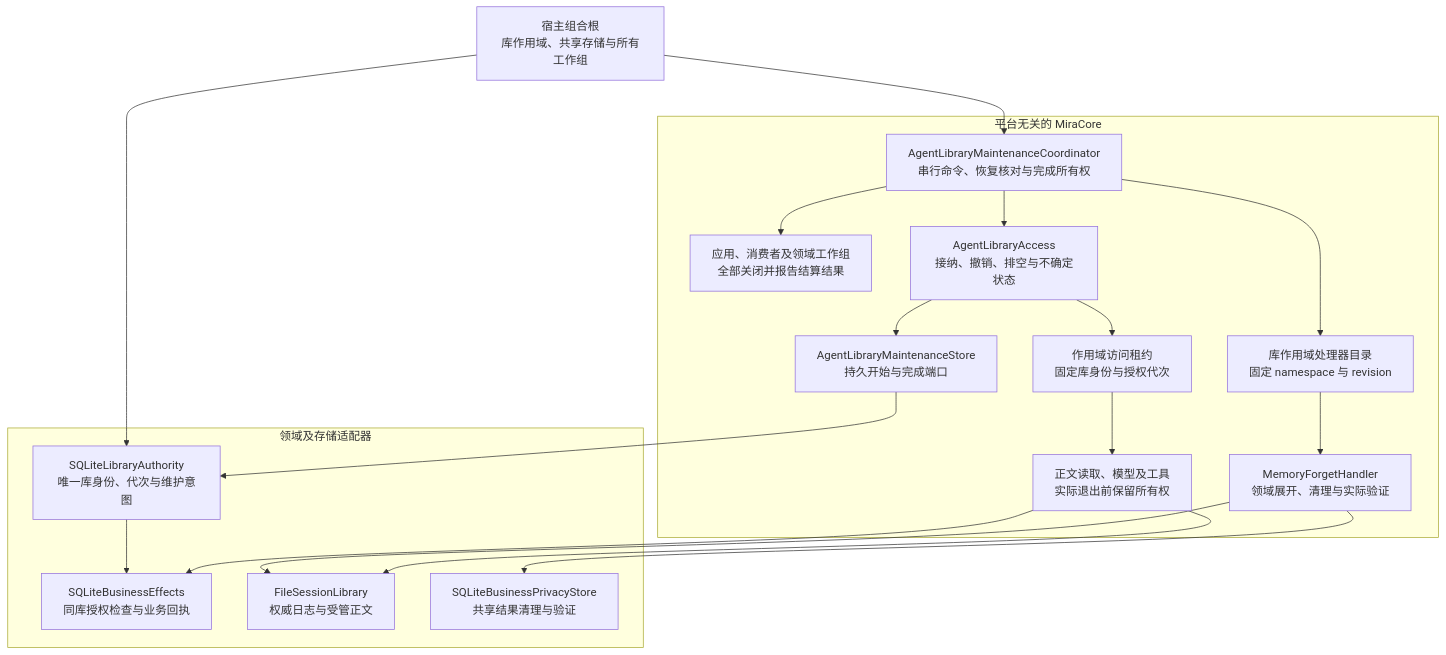
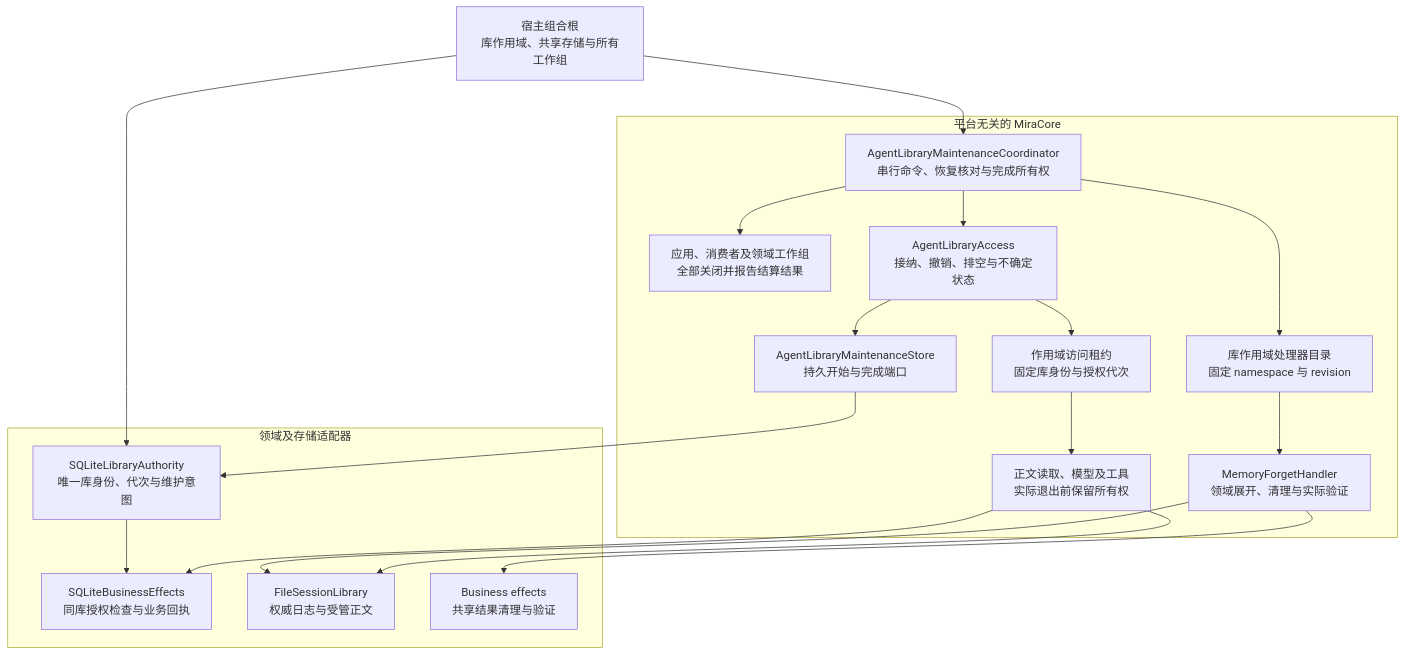
One commit to alwynou/mira changed the first of 2 diagrams in docs/architecture/AGENT_LIBRARY_MAINTENANCE.md. Above: the diagram before and after it, drawn with Mermaid. The commit also changed other lines of this file and 290 other files, not shown here.

````diff
--- a/docs/architecture/AGENT_LIBRARY_MAINTENANCE.md
+++ b/docs/architecture/AGENT_LIBRARY_MAINTENANCE.md
@@ -10,34 +10,34 @@
 ```mermaid
 flowchart TB
   H[宿主组合根<br/>库作用域、共享存储与所有工作组]
   subgraph CORE[平台无关的 MiraCore]
     C[AgentLibraryMaintenanceCoordinator<br/>串行命令、恢复核对与完成所有权]
     T[库作用域处理器目录<br/>固定 namespace 与 revision]
     W[应用、消费者及领域工作组<br/>全部关闭并报告结算结果]
     G[AgentLibraryAccess<br/>接纳、撤销、排空与不确定状态]
     L[作用域访问租约<br/>固定库身份与授权代次]
     O[正文读取、模型及工具<br/>实际退出前保留所有权]
     P[AgentLibraryMaintenanceStore<br/>持久开始与完成端口]
     D[MemoryForgetHandler<br/>领域展开、清理与实际验证]
     C --> T
     C --> W
     C --> G
     G --> L
     L --> O
     G --> P
   end
   subgraph ADAPTERS[领域及存储适配器]
     S[SQLiteLibraryAuthority<br/>唯一库身份、代次与维护意图]
     B[SQLiteBusinessEffects<br/>同库授权检查与业务回执]
     F[FileSessionLibrary<br/>权威日志与受管正文]
     D --> F
-    D --> PB[SQLiteBusinessPrivacyStore<br/>共享结果清理与验证]
+    D --> PB[Business effects<br/>共享结果清理与验证]
     S --> B
   end
   H --> C
   H --> S
   P --> S
   T --> D
   O --> F
   O --> B
 ```
````
